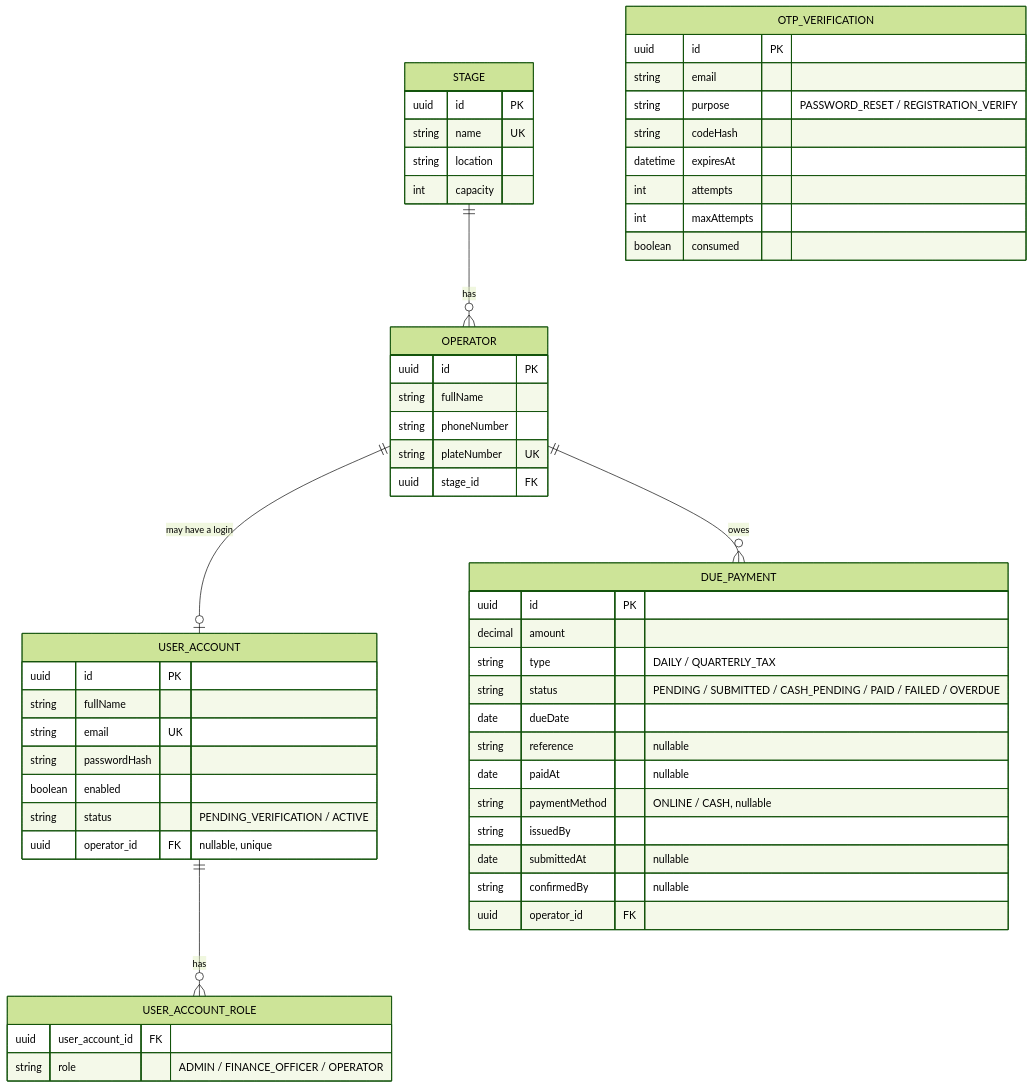
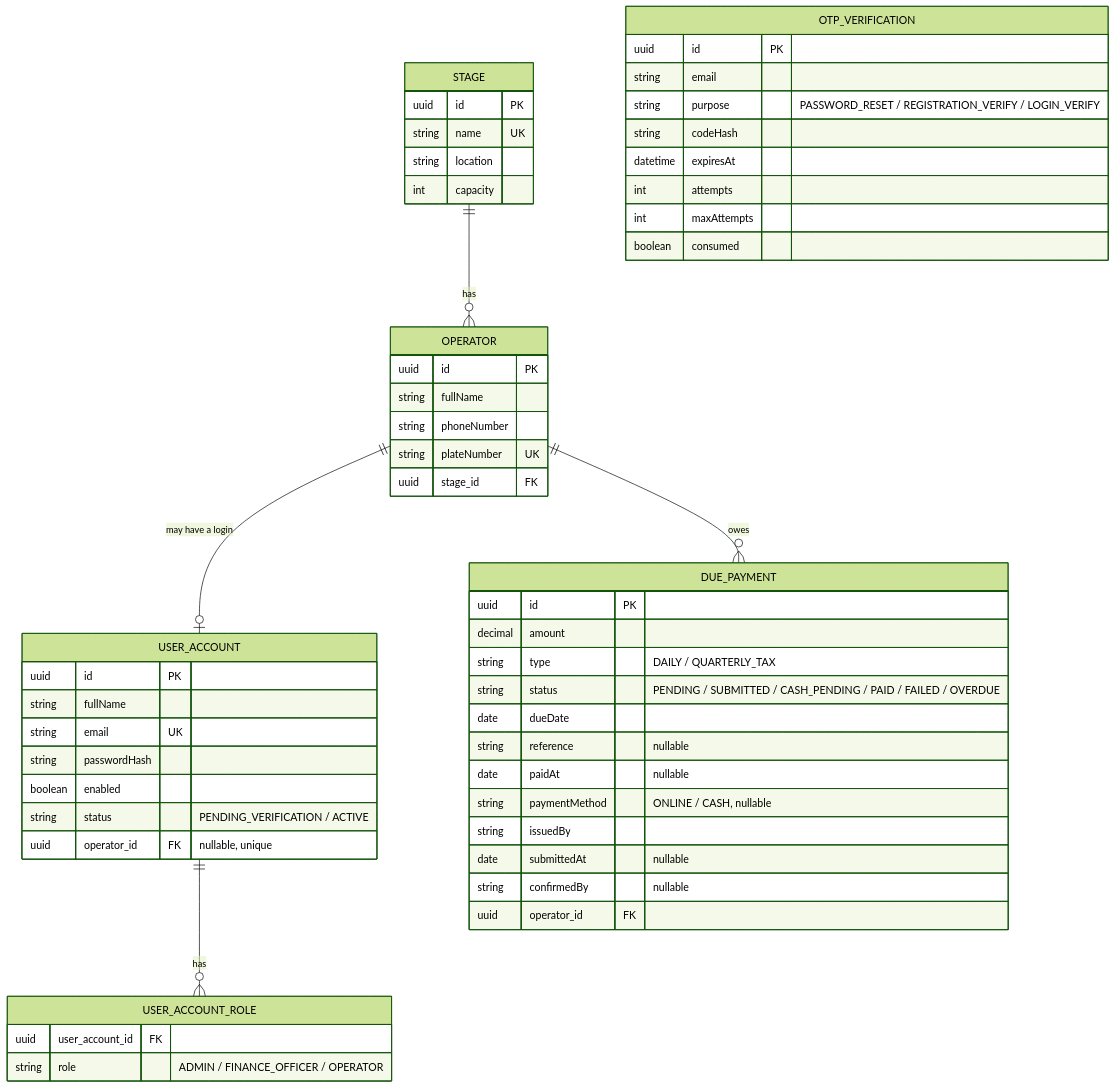
Before and after one commit to nshuti717/TransitDues-SpringBoot: the second of 2 diagrams in docs/DOCUMENTATION.md, drawn with Mermaid (forest theme). The commit also changed other lines of this file and 2 other files, not shown here.

First line of the commit message:
docs: document login OTP, Google Cloud Console setup, and test updates

````diff
--- a/docs/DOCUMENTATION.md
+++ b/docs/DOCUMENTATION.md
@@ -274,58 +291,58 @@
 ```mermaid
 erDiagram
     STAGE ||--o{ OPERATOR : "has"
     OPERATOR ||--o| USER_ACCOUNT : "may have a login"
     OPERATOR ||--o{ DUE_PAYMENT : "owes"
     USER_ACCOUNT ||--o{ USER_ACCOUNT_ROLE : "has"
 
     STAGE {
         uuid id PK
         string name UK
         string location
         int capacity
     }
     OPERATOR {
         uuid id PK
         string fullName
         string phoneNumber
         string plateNumber UK
         uuid stage_id FK
     }
     USER_ACCOUNT {
         uuid id PK
         string fullName
         string email UK
         string passwordHash
         boolean enabled
         string status "PENDING_VERIFICATION / ACTIVE"
         uuid operator_id FK "nullable, unique"
     }
     USER_ACCOUNT_ROLE {
         uuid user_account_id FK
         string role "ADMIN / FINANCE_OFFICER / OPERATOR"
     }
     DUE_PAYMENT {
         uuid id PK
         decimal amount
         string type "DAILY / QUARTERLY_TAX"
         string status "PENDING / SUBMITTED / CASH_PENDING / PAID / FAILED / OVERDUE"
         date dueDate
         string reference "nullable"
         date paidAt "nullable"
         string paymentMethod "ONLINE / CASH, nullable"
         string issuedBy
         date submittedAt "nullable"
         string confirmedBy "nullable"
         uuid operator_id FK
     }
     OTP_VERIFICATION {
         uuid id PK
         string email
-        string purpose "PASSWORD_RESET / REGISTRATION_VERIFY"
+        string purpose "PASSWORD_RESET / REGISTRATION_VERIFY / LOGIN_VERIFY"
         string codeHash
         datetime expiresAt
         int attempts
         int maxAttempts
         boolean consumed
     }
 ```
````
